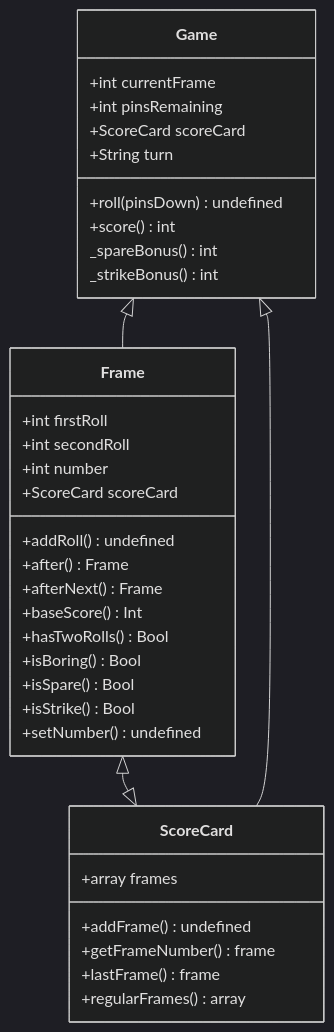
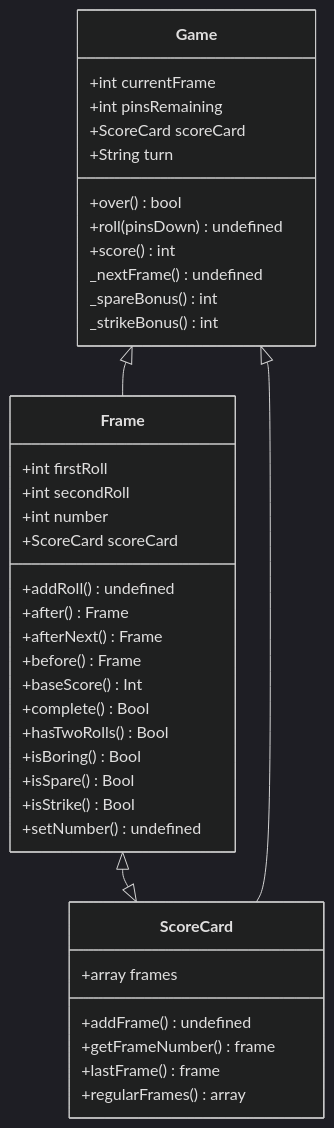
The diagram in CLASSES.md (makersacademy/bowling-challenge), drawn with Mermaid (dark theme) before and after one commit. The commit also changed 6 other files, not shown here.

````diff
--- a/CLASSES.md
+++ b/CLASSES.md
@@ -1,46 +1,50 @@
 ```mermaid 
  classDiagram
       class Frame{
           +int firstRoll
           +int secondRoll
           +int number
           +ScoreCard scoreCard
           
           +addRoll() undefined
           +after() Frame
           +afterNext() Frame
+          +before() Frame
           +baseScore() Int
+          +complete() Bool
           +hasTwoRolls() Bool
           +isBoring() Bool
           +isSpare() Bool
           +isStrike() Bool
           +setNumber() undefined
 
       }
 
       class ScoreCard{
           +array frames
 
           +addFrame() undefined
           +getFrameNumber() frame
           +lastFrame() frame
           +regularFrames() array
       }
 
       class Game{
         +int currentFrame
         +int pinsRemaining
         +ScoreCard scoreCard
         +String turn
 
+        +over() bool
         +roll(pinsDown) undefined
         +score() int
 
+        _nextFrame() undefined
         _spareBonus() int
         _strikeBonus() int
       }
 
       Frame <|--|> ScoreCard
       Game <|-- Frame
       Game <|-- ScoreCard
 ```
````
